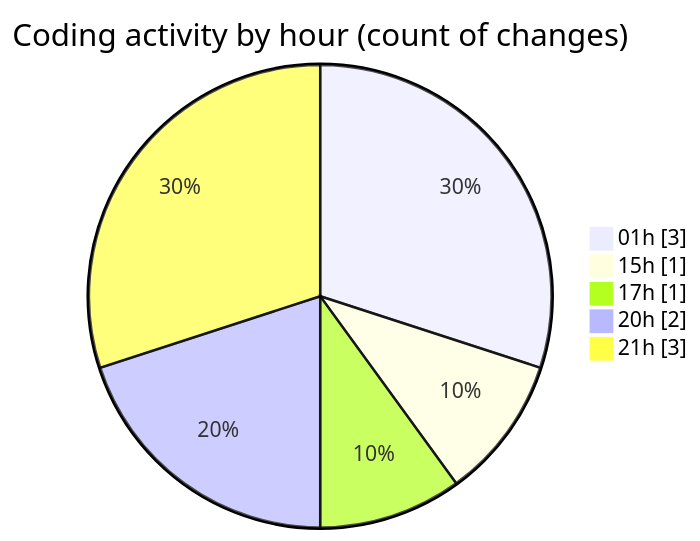
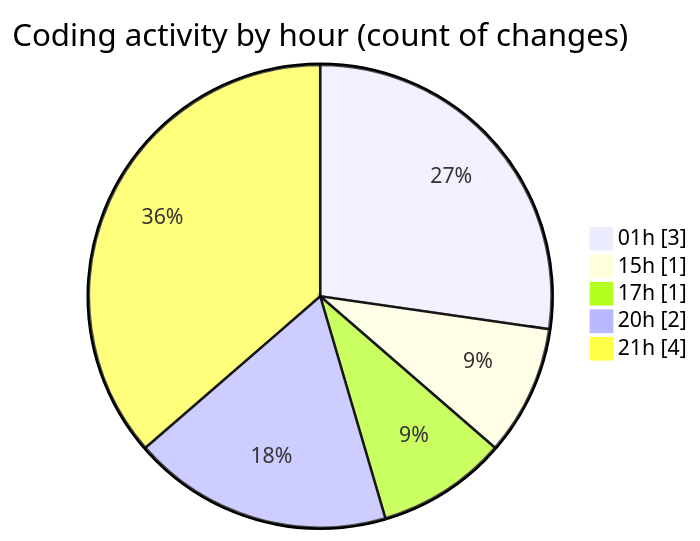
One commit to julien-gomy/code-tracking changed the second of 2 diagrams in 2025-11-24/eventscop-api-guide__workspace_/README.md. Above: the diagram before and after it, drawn with Mermaid. The commit also changed other lines of this file and 1 other file, not shown here.

````diff
--- a/2025-11-24/eventscop-api-guide__workspace_/README.md
+++ b/2025-11-24/eventscop-api-guide__workspace_/README.md
@@ -32,9 +32,9 @@
 ```mermaid
 pie showData
 title Coding activity by hour (count of changes)
 "01h" : 3
 "15h" : 1
 "17h" : 1
 "20h" : 2
-"21h" : 3
+"21h" : 4
 ```
````
